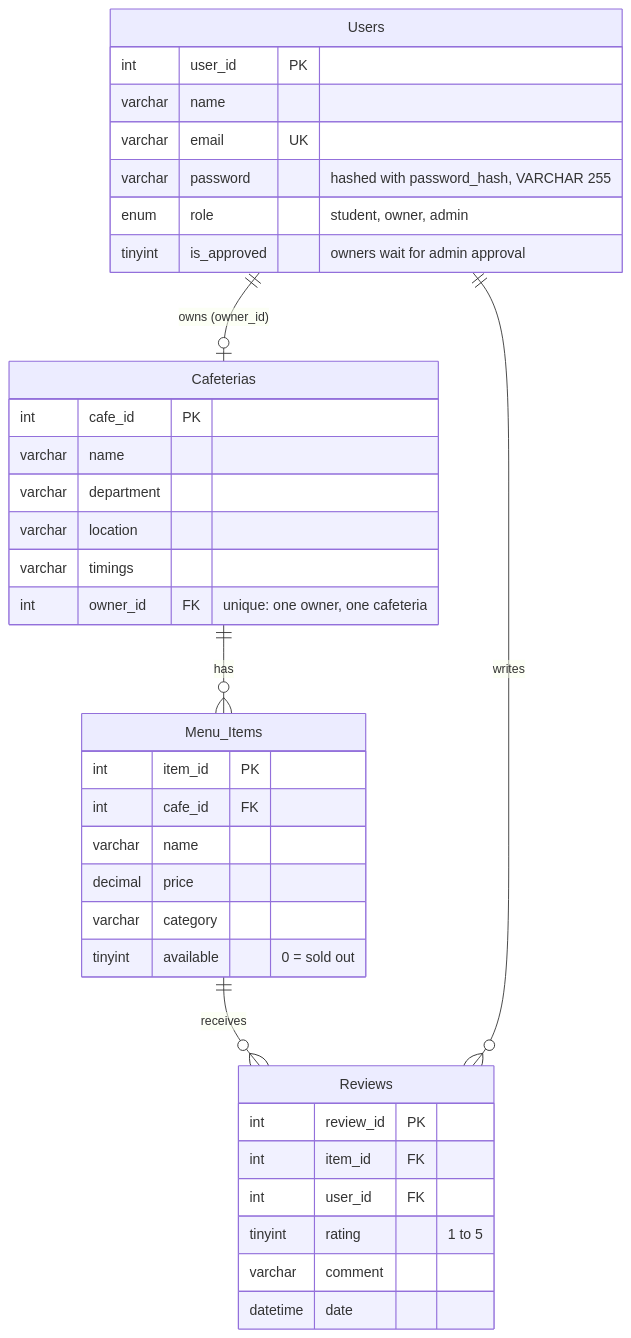
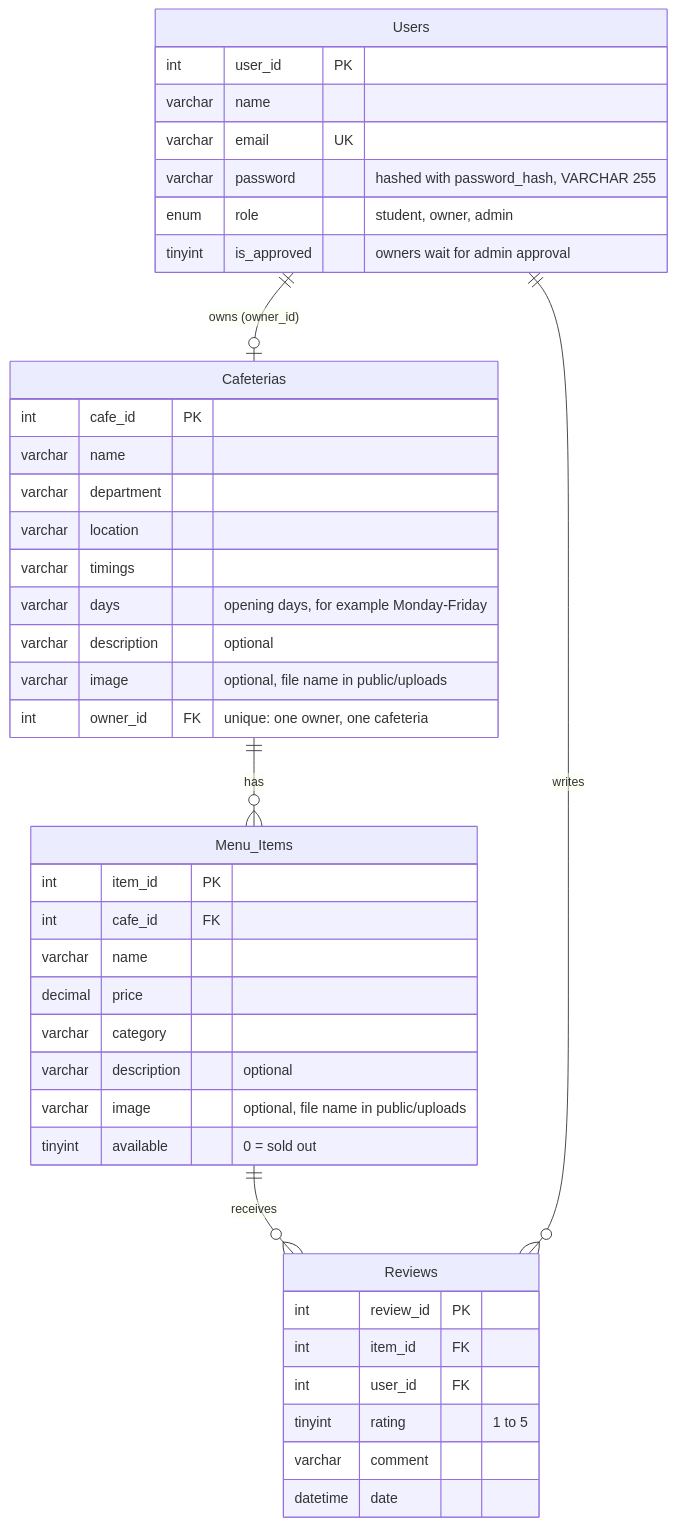
The diagram in docs/erd.md (kamer-heap/FORK-and-FIND), drawn with Mermaid before and after one commit. The commit also changed other lines of this file and 4 other files, not shown here.

````diff
--- a/docs/erd.md
+++ b/docs/erd.md
@@ -3,40 +3,45 @@
 ```mermaid
 erDiagram
     Users ||--o| Cafeterias : "owns (owner_id)"
     Cafeterias ||--o{ Menu_Items : "has"
     Menu_Items ||--o{ Reviews : "receives"
     Users ||--o{ Reviews : "writes"
 
     Users {
         int user_id PK
         varchar name
         varchar email UK
         varchar password "hashed with password_hash, VARCHAR 255"
         enum role "student, owner, admin"
         tinyint is_approved "owners wait for admin approval"
     }
     Cafeterias {
         int cafe_id PK
         varchar name
         varchar department
         varchar location
         varchar timings
+        varchar days "opening days, for example Monday-Friday"
+        varchar description "optional"
+        varchar image "optional, file name in public/uploads"
         int owner_id FK "unique: one owner, one cafeteria"
     }
     Menu_Items {
         int item_id PK
         int cafe_id FK
         varchar name
         decimal price
         varchar category
+        varchar description "optional"
+        varchar image "optional, file name in public/uploads"
         tinyint available "0 = sold out"
     }
     Reviews {
         int review_id PK
         int item_id FK
         int user_id FK
         tinyint rating "1 to 5"
         varchar comment
         datetime date
     }
 ```
````
